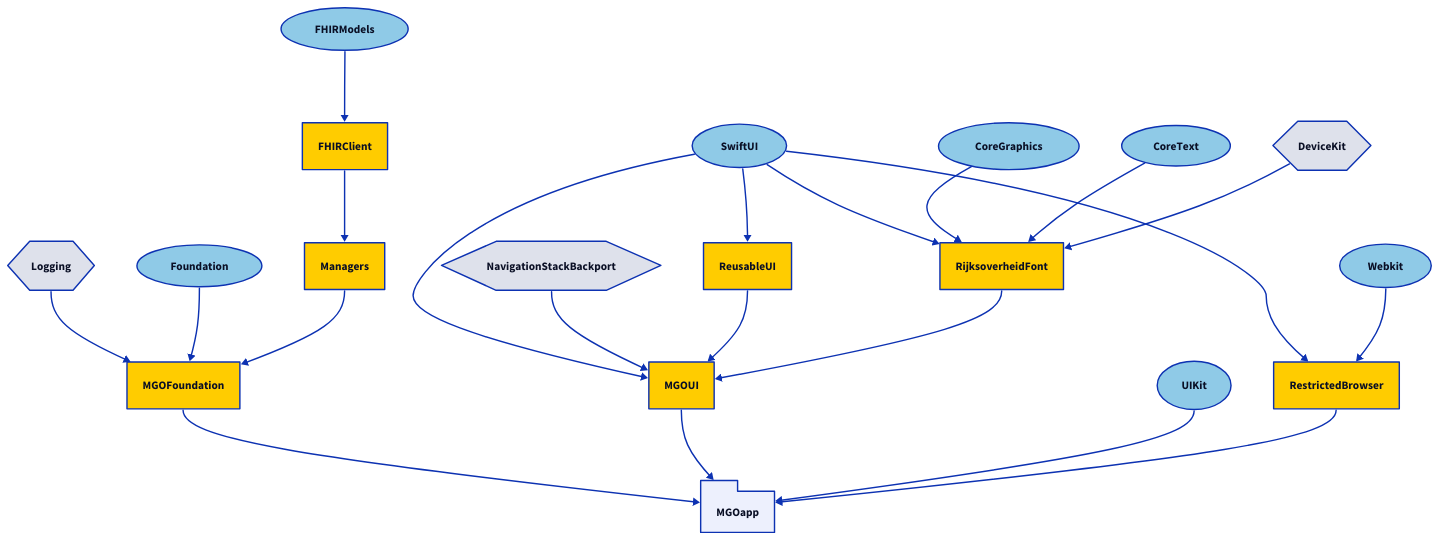
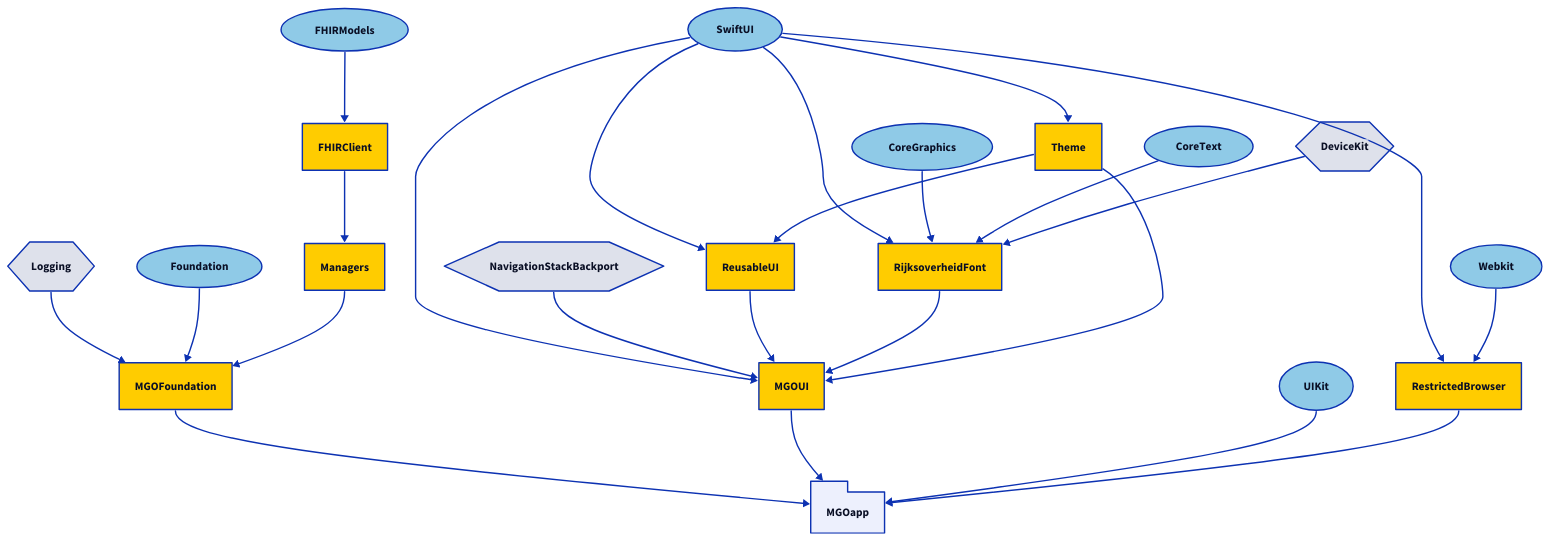
The diagram in Diagrams/packages-withouttests.d2 (minvws/nl-mgo-app-ios), drawn with D2 before and after one commit. The commit also changed 3 other files, not shown here.

Commit message:
Docs: Updated dependency graph

```diff
--- a/Diagrams/packages-withouttests.d2
+++ b/Diagrams/packages-withouttests.d2
@@ -1,85 +1,90 @@
 direction: down
 
 # Apple
 UIKit: {
   shape: oval
   style.fill: "#8FCAE7"
 }
 SwiftUI: {
   shape: oval
   style.fill: "#8FCAE7"
 }
 Webkit: {
   shape: oval
   style.fill: "#8FCAE7"
 }
 Foundation: {
   shape: oval
   style.fill: "#8FCAE7"
 }
 CoreGraphics: {
   shape: oval
   style.fill: "#8FCAE7"
 }
 CoreText: {
   shape: oval
   style.fill: "#8FCAE7"
 }
 FHIRModels: {
   shape: oval
   style.fill: "#8FCAE7"
 }
 
 # Third-Party
 NavigationStackBackport: {
   shape: hexagon
 }
 Logging: {
   shape: hexagon
 }
 DeviceKit: {
   shape: hexagon
 }
 
 # The application
 
 MGOapp: {
   shape: package
 }
 
 MGOapp <- MGOFoundation
 MGOapp <- MGOUI
 MGOapp <- UIKit
 MGOapp <- RestrictedBrowser
 
 # - Packages -
 
 MGOFoundation { style.fill: "#ffcc00" }
 MGOFoundation <- Logging
 MGOFoundation <- Foundation
 MGOFoundation <- Managers
 
 MGOUI { style.fill: "#ffcc00" }
 MGOUI <- SwiftUI
 MGOUI <- NavigationStackBackport
 MGOUI <- ReusableUI
 MGOUI <- RijksoverheidFont
+MGOUI <- Theme
 
 Managers { style.fill: "#ffcc00" }
 Managers <- FHIRClient
 
 RijksoverheidFont { style.fill: "#ffcc00" }
 RijksoverheidFont <- SwiftUI
 RijksoverheidFont <- CoreGraphics
 RijksoverheidFont <- CoreText
 RijksoverheidFont <- DeviceKit
 
 ReusableUI { style.fill: "#ffcc00" }
 ReusableUI <- SwiftUI
+ReusableUI <- Theme
 
 FHIRClient { style.fill: "#ffcc00" }
 FHIRClient <- FHIRModels
 
 RestrictedBrowser { style.fill: "#ffcc00" }
 RestrictedBrowser <- SwiftUI
 RestrictedBrowser <- WebKit
+
+Theme { style.fill: "#ffcc00" }
+Theme <- SwiftUI
```
